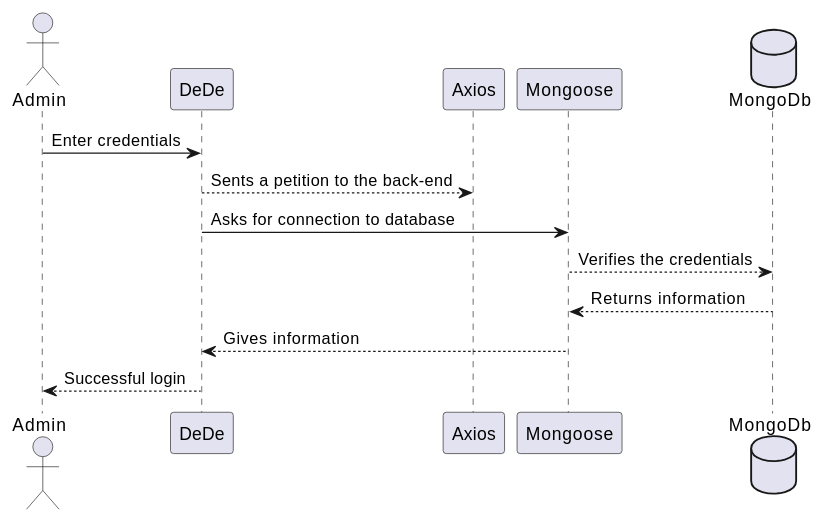
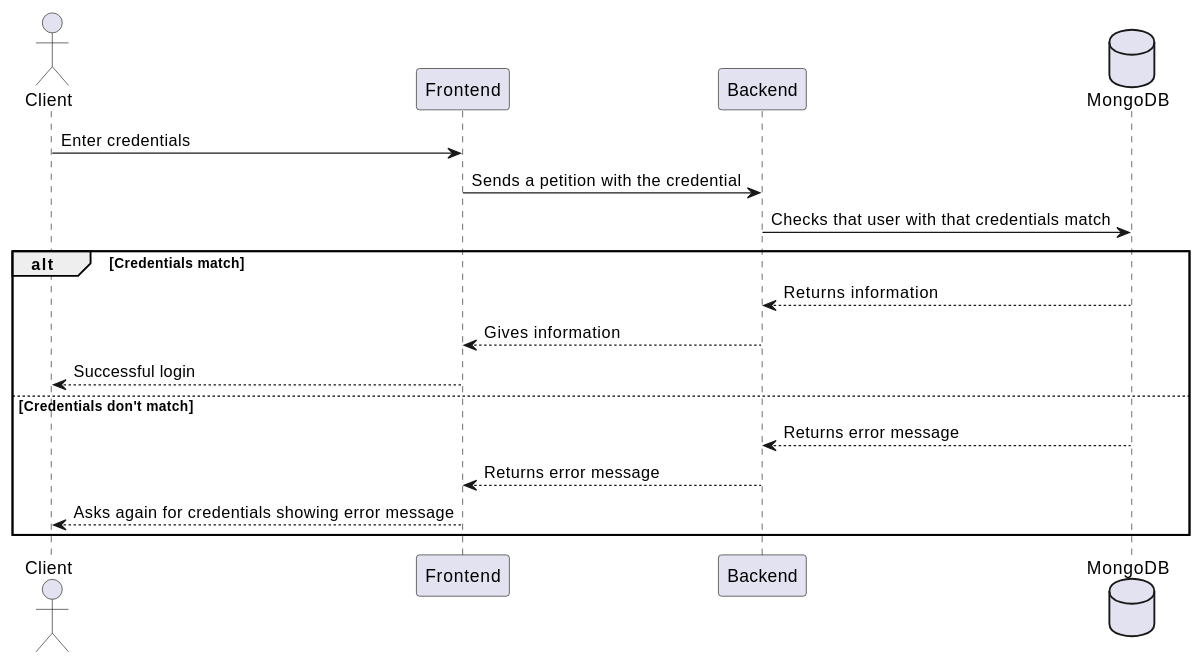
One commit to Arquisoft/Arquisoft-dede_es_04a changed the second of 6 diagrams in docs/06_runtime_view.adoc. Above: the diagram before and after it, drawn with PlantUML. The commit also changed other lines of this file, not shown here.

Commit message:
Cambio diagrama

```diff
--- a/docs/06_runtime_view.adoc
+++ b/docs/06_runtime_view.adoc
@@ -32,17 +38,21 @@
-[plantuml,"AdminView",png]
+[plantuml,"LoginView",png]
 ----
 @startuml
-actor Admin
-participant DeDe
-participant Axios
-participant Mongoose
-database MongoDb
-Admin -> DeDe: Enter credentials
-DeDe --> Axios: Sents a petition to the back-end
-DeDe -> Mongoose: Asks for connection to database
-Mongoose --> MongoDb: Verifies the credentials
-MongoDb --> Mongoose: Returns information
-Mongoose --> DeDe: Gives information
-DeDe --> Admin: Successful login
+actor Client
+participant Frontend
+participant Backend
+database MongoDB
+Client -> Frontend: Enter credentials
+Frontend -> Backend: Sends a petition with the credential
+Backend -> MongoDB: Checks that user with that credentials match
+alt Credentials match
+MongoDB --> Backend: Returns information
+Backend  --> Frontend: Gives information
+Frontend --> Client: Successful login
+else Credentials don't match
+MongoDB --> Backend: Returns error message
+Backend  --> Frontend: Returns error message
+Frontend --> Client: Asks again for credentials showing error message
+end
 @enduml
 ----
```
